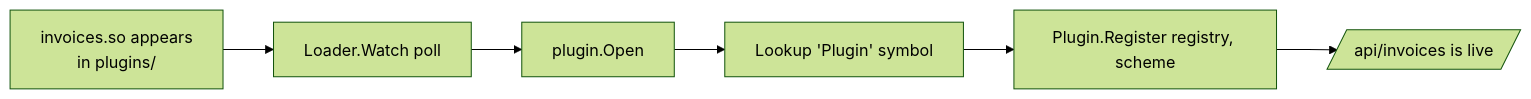
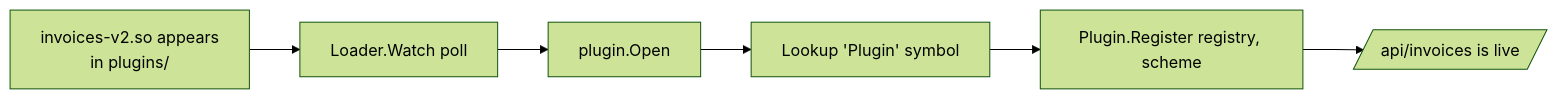
Before and after one commit to pergus/api-server: the eighth of 24 diagrams in BOOK.md, drawn with Mermaid (forest theme). The commit also changed other lines of this file and 3 other files, not shown here.

````diff
--- a/BOOK.md
+++ b/BOOK.md
@@ -6004,8 +5958,8 @@
 ```mermaid
 flowchart LR
-    F[invoices.so appears<br/>in plugins/] --> W[Loader.Watch poll]
+    F[invoices-v2.so appears<br/>in plugins/] --> W[Loader.Watch poll]
     W --> O[plugin.Open]
     O --> S[Lookup 'Plugin' symbol]
     S --> R[Plugin.Register registry, scheme]
     R --> L[/api/invoices is live/]
 ```
````
